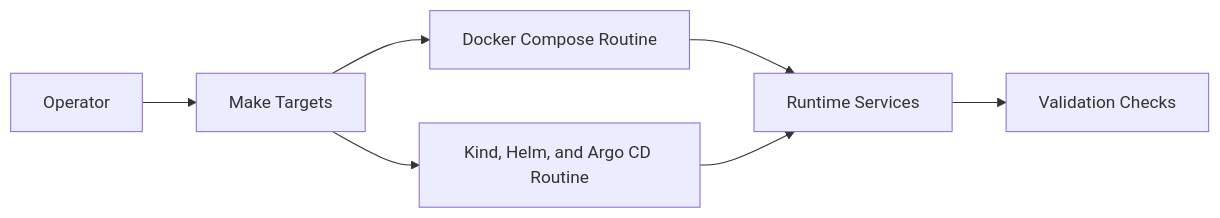
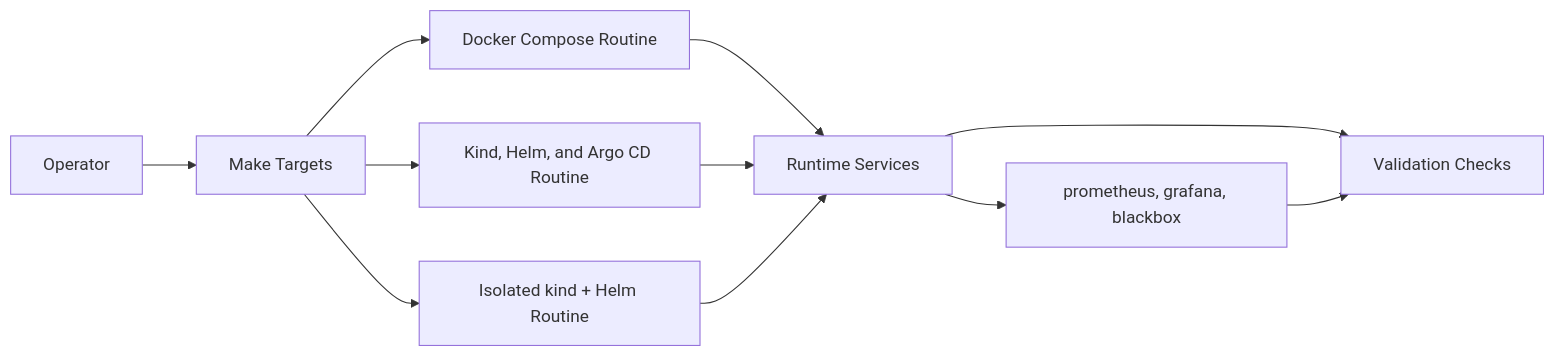
One commit to paulchen8206/Full-Stack-Modern-Data-Architecture-and-Engineering changed the first of 2 diagrams in docs/runbook.md. Above: the diagram before and after it, drawn with Mermaid. The commit also changed other lines of this file and 18 other files, not shown here.

````diff
--- a/docs/runbook.md
+++ b/docs/runbook.md
@@ -35,16 +38,22 @@
 ```mermaid
 flowchart LR
   OPS[Operator]
   MAKE[Make Targets]
   COMPOSE[Docker Compose Routine]
   KIND[Kind, Helm, and Argo CD Routine]
+  K8SISO[Isolated kind + Helm Routine]
   SERVICES[Runtime Services]
   VALIDATE[Validation Checks]
+  OBS[prometheus, grafana, blackbox]
 
   OPS --> MAKE
   MAKE --> COMPOSE
   MAKE --> KIND
+  MAKE --> K8SISO
   COMPOSE --> SERVICES
   KIND --> SERVICES
+  K8SISO --> SERVICES
   SERVICES --> VALIDATE
+  SERVICES --> OBS
+  OBS --> VALIDATE
 ```
````
